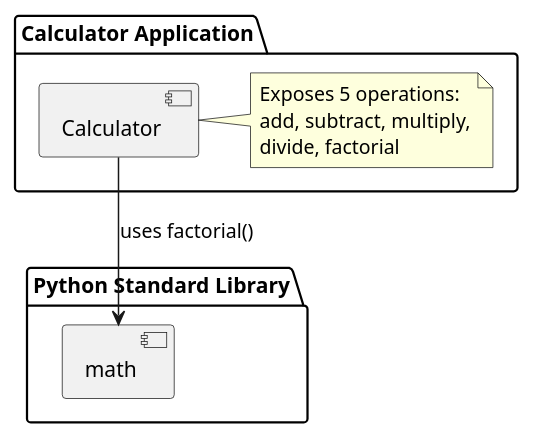
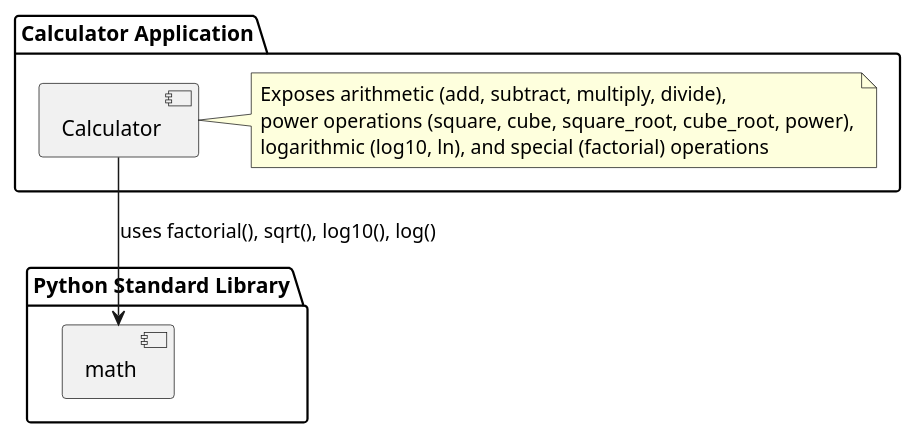
Before and after one commit to DanielRiha8906/Calculator_bachelor_autoevolution_team: the diagram in artifacts/component_calculator.puml, drawn with PlantUML. The commit also changed 4 other files, not shown here.

Commit message:
update PlantUML diagrams for advanced operations (issue #381)

```diff
--- a/artifacts/component_calculator.puml
+++ b/artifacts/component_calculator.puml
@@ -1,18 +1,18 @@
 @startuml component_calculator
 
 package "Calculator Application" {
     [Calculator] as Calc
     note right of Calc
-      Exposes 5 operations:
-      add, subtract, multiply,
-      divide, factorial
+      Exposes arithmetic (add, subtract, multiply, divide),
+      power operations (square, cube, square_root, cube_root, power),
+      logarithmic (log10, ln), and special (factorial) operations
     end note
 }
 
 package "Python Standard Library" {
     [math] as Math
 }
 
-Calc --> Math : uses factorial()
+Calc --> Math : uses factorial(), sqrt(), log10(), log()
 
 @enduml
```
